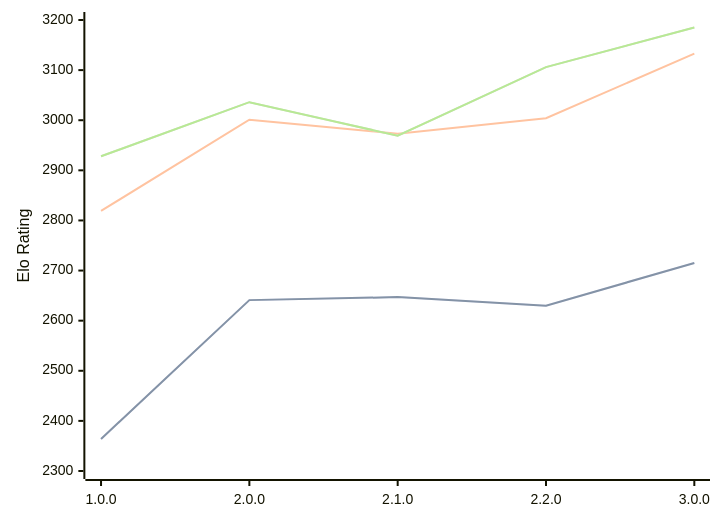
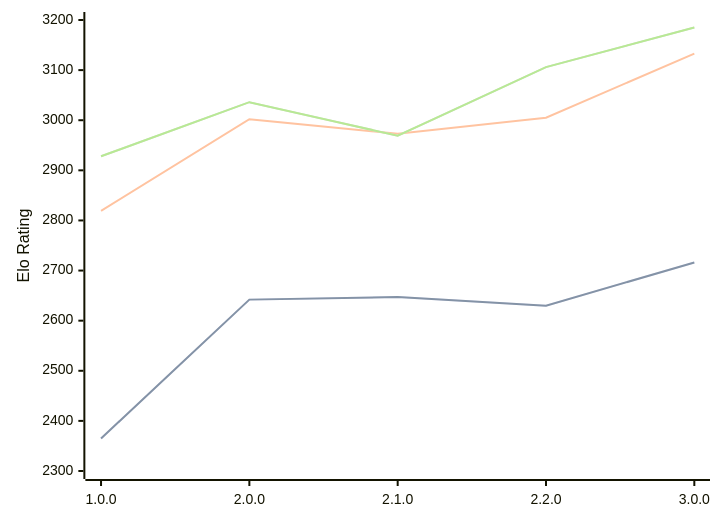
The diagram in engines/Catalyst.md (computer-chess-index/cci), drawn with Mermaid before and after one commit. The commit also changed other lines of this file, not shown here.

````diff
--- a/engines/Catalyst.md
+++ b/engines/Catalyst.md
@@ -35,11 +35,11 @@
 ```mermaid
 %%{init: {"theme":"base","themeVariables":{"seriesColors:['#a3a3a3','#222221','#faa371']}}}%%
 xychart-beta
   x-axis ["1.0.0", "2.0.0", "2.1.0", "2.2.0", "3.0.0"]
   y-axis "Elo Rating" 2300 --> 3200
-  line "STC (8.0+0.08s)" [2364, 2641, 2647, 2630, 2715]
-  line "STC (8.0+0.08s)" [2364, 2641, 2647, 2630, 2715]
-  line "LTC (60.0+0.60s)" [2819, 3001, 2973, 3004, 3133]
+  line "STC (8.0+0.08s)" [2365, 2642, 2647, 2630, 2716]
+  line "STC (8.0+0.08s)" [2365, 2642, 2647, 2630, 2716]
+  line "LTC (60.0+0.60s)" [2819, 3002, 2973, 3005, 3133]
   line "VLTC (2m24s+1.12s)" [2928, 3036, 2969, 3106, 3185]
   line "VLTC (2m24s+1.12s)" [2928, 3036, 2969, 3106, 3185]
 ```
````
